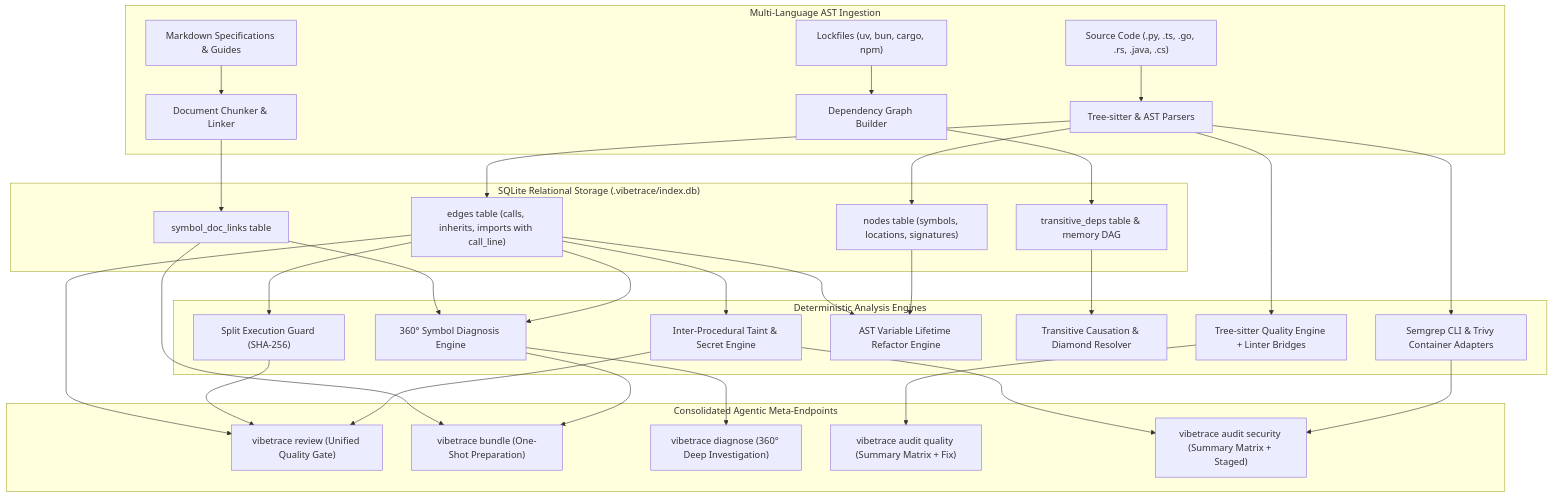
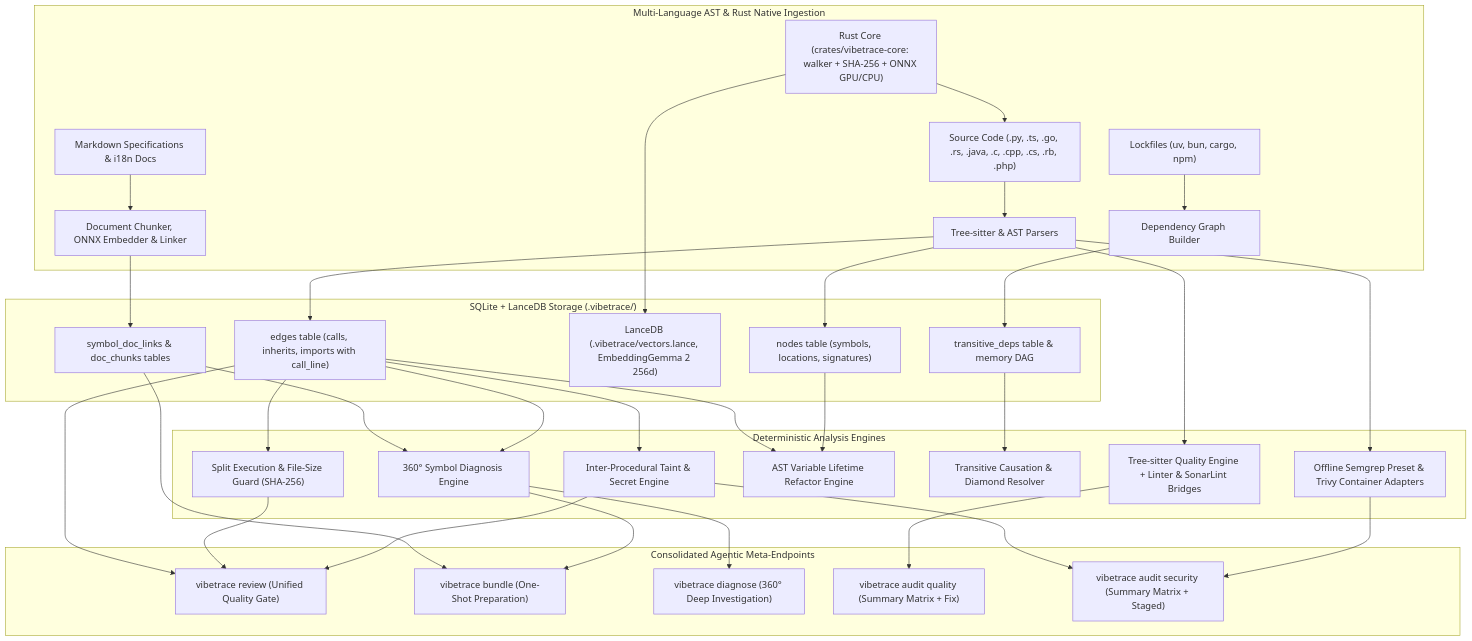
One commit to serguei9090/VibeTrace changed the first of 3 diagrams in docs/architecture/core_engines.md. Above: the diagram before and after it, drawn with Mermaid. The commit also changed other lines of this file and 5 other files, not shown here.

Commit message:
docs: update root README and architecture/API/guide docs

````diff
--- a/docs/architecture/core_engines.md
+++ b/docs/architecture/core_engines.md
@@ -9,33 +9,35 @@
 ```mermaid
 flowchart TD
-    subgraph Ingestion ["Multi-Language AST Ingestion"]
-        SRC["Source Code (.py, .ts, .go, .rs, .java, .cs)"] --> AST["Tree-sitter & AST Parsers"]
+    subgraph Ingestion ["Multi-Language AST & Rust Native Ingestion"]
+        WALK["Rust Core (crates/vibetrace-core: walker + SHA-256 + ONNX GPU/CPU)"] --> SRC["Source Code (.py, .ts, .go, .rs, .java, .c, .cpp, .cs, .rb, .php)"]
+        SRC --> AST["Tree-sitter & AST Parsers"]
         LOCK["Lockfiles (uv, bun, cargo, npm)"] --> DAG["Dependency Graph Builder"]
-        DOC["Markdown Specifications & Guides"] --> CHUNK["Document Chunker & Linker"]
+        DOC["Markdown Specifications & i18n Docs"] --> CHUNK["Document Chunker, ONNX Embedder & Linker"]
     end
 
-    subgraph RelationalDB ["SQLite Relational Storage (.vibetrace/index.db)"]
+    subgraph RelationalDB ["SQLite + LanceDB Storage (.vibetrace/)"]
         AST --> N["nodes table (symbols, locations, signatures)"]
         AST --> E["edges table (calls, inherits, imports with call_line)"]
+        WALK --> VEC["LanceDB (.vibetrace/vectors.lance, EmbeddingGemma 2 256d)"]
         DAG --> DEPS["transitive_deps table & memory DAG"]
-        CHUNK --> LINKS["symbol_doc_links table"]
+        CHUNK --> LINKS["symbol_doc_links & doc_chunks tables"]
     end
 
     subgraph IntelligenceEngines ["Deterministic Analysis Engines"]
         E --> TAINT["Inter-Procedural Taint & Secret Engine"]
-        E --> SPLITS["Split Execution Guard (SHA-256)"]
+        E --> SPLITS["Split Execution & File-Size Guard (SHA-256)"]
         E & LINKS --> DIAG["360° Symbol Diagnosis Engine"]
         N & E --> REFACTOR["AST Variable Lifetime Refactor Engine"]
         DEPS --> WHY["Transitive Causation & Diamond Resolver"]
-        AST --> QUALITY["Tree-sitter Quality Engine + Linter Bridges"]
-        AST --> TRIVY["Semgrep CLI & Trivy Container Adapters"]
+        AST --> QUALITY["Tree-sitter Quality Engine + Linter & SonarLint Bridges"]
+        AST --> TRIVY["Offline Semgrep Preset & Trivy Container Adapters"]
     end
 
     subgraph AgenticMeta ["Consolidated Agentic Meta-Endpoints"]
         TAINT & SPLITS & E --> REVIEW["vibetrace review (Unified Quality Gate)"]
         DIAG & LINKS --> BUNDLE["vibetrace bundle (One-Shot Preparation)"]
         DIAG --> DIAGNOSE["vibetrace diagnose (360° Deep Investigation)"]
         QUALITY --> AUDIT_Q["vibetrace audit quality (Summary Matrix + Fix)"]
         TRIVY & TAINT --> AUDIT_S["vibetrace audit security (Summary Matrix + Staged)"]
     end
 ```
````
